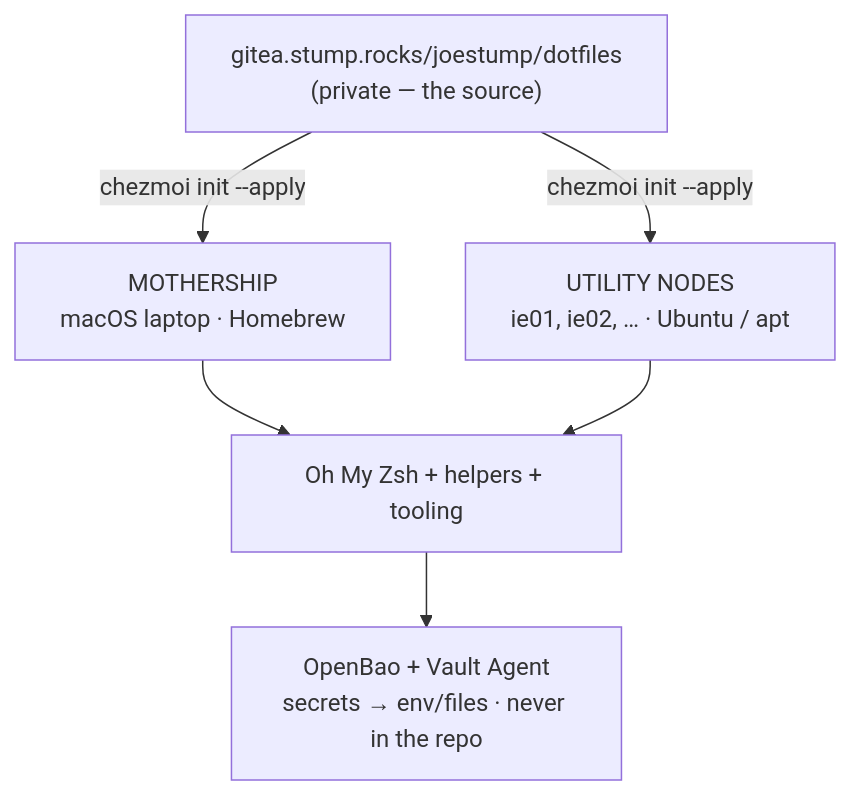
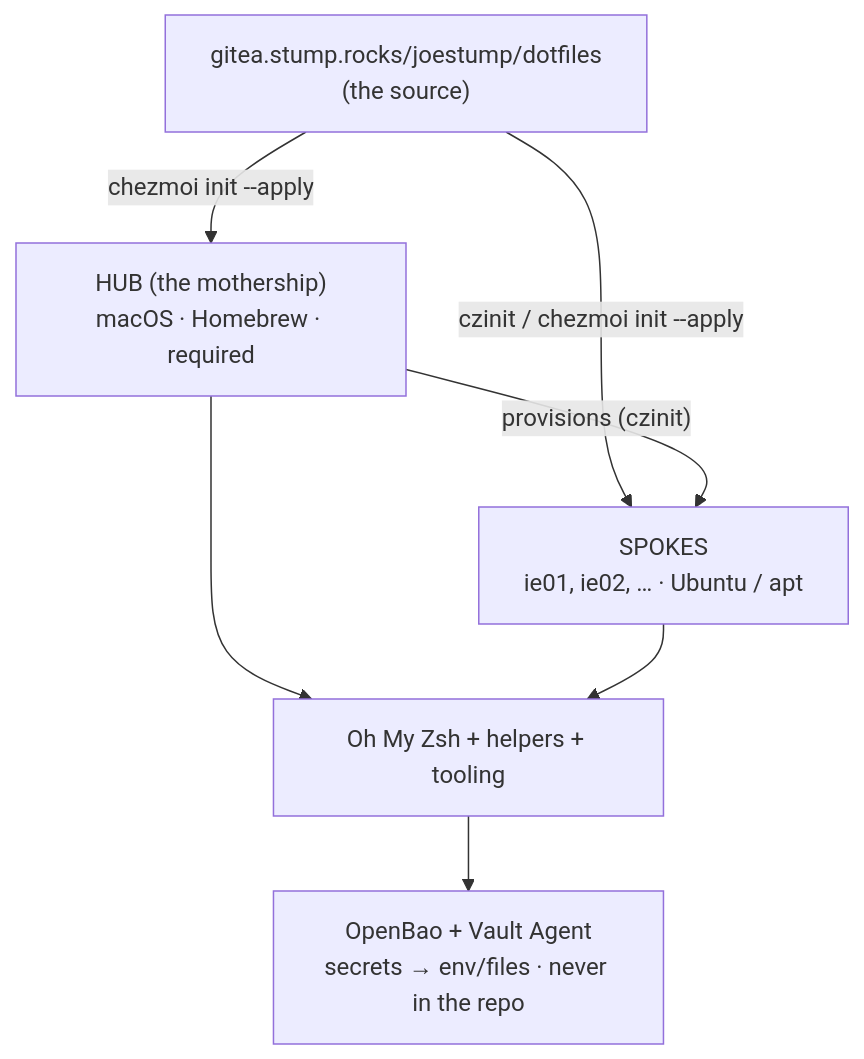
One commit to joestump/dotfiles changed the diagram in website/docs/overview.md. Above: the diagram before and after it, drawn with Mermaid. The commit also changed other lines of this file and 35 other files, not shown here.

````diff
--- a/website/docs/overview.md
+++ b/website/docs/overview.md
@@ -12,9 +17,10 @@
 ```mermaid
 flowchart TD
-    src["gitea.stump.rocks/joestump/dotfiles<br/>(private — the source)"]
-    src -->|"chezmoi init --apply"| mother["MOTHERSHIP<br/>macOS laptop · Homebrew"]
-    src -->|"chezmoi init --apply"| nodes["UTILITY NODES<br/>ie01, ie02, … · Ubuntu / apt"]
+    src["gitea.stump.rocks/joestump/dotfiles<br/>(the source)"]
+    src -->|"chezmoi init --apply"| mother["HUB (the mothership)<br/>macOS · Homebrew · required"]
+    src -->|"czinit / chezmoi init --apply"| nodes["SPOKES<br/>ie01, ie02, … · Ubuntu / apt"]
+    mother -->|"provisions (czinit)"| nodes
     mother --> omz["Oh My Zsh + helpers + tooling"]
     nodes --> omz
     omz --> bao["OpenBao + Vault Agent<br/>secrets → env/files · never in the repo"]
 ```
````
